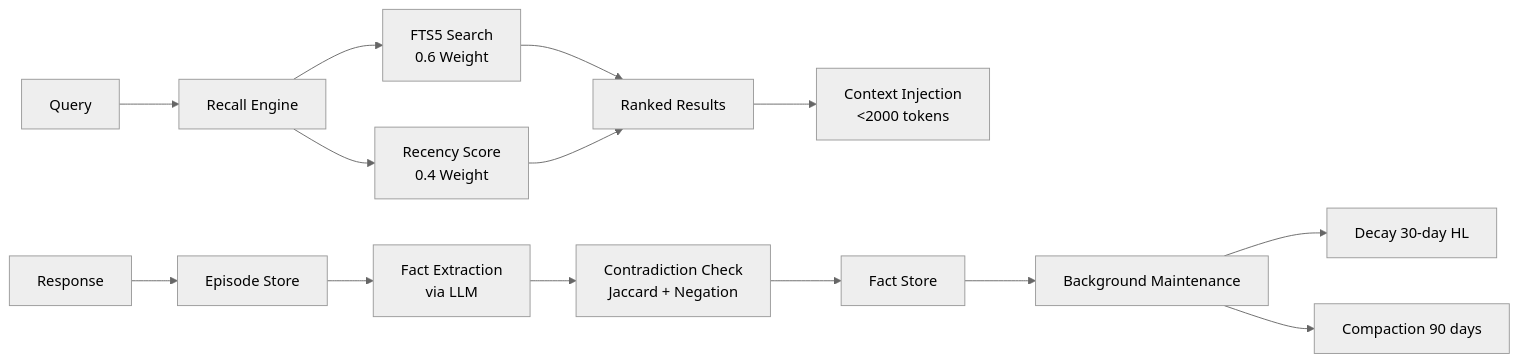
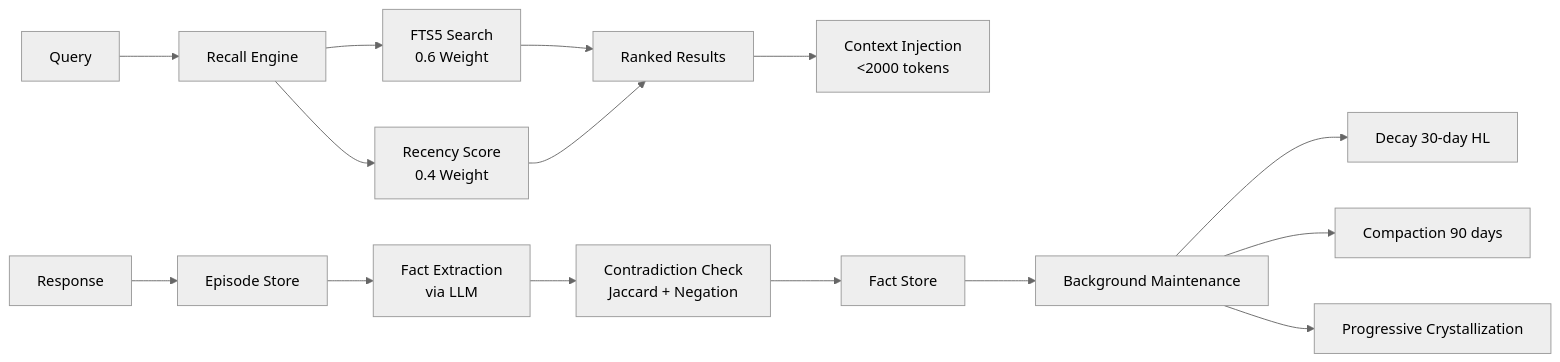
Before and after one commit to shinshekai/Deep: the fourth of 6 diagrams in README.md, drawn with Mermaid (neutral theme). The commit also changed other lines of this file and 1 other file, not shown here.

First line of the commit message:
docs: rewrite architecture documentation with accurate codebase mapping

````diff
--- a/README.md
+++ b/README.md
@@ -158,17 +176,18 @@
 ```mermaid
 graph LR
     A[Query] --> B[Recall Engine]
     B --> C[FTS5 Search<br/>0.6 Weight]
     B --> D[Recency Score<br/>0.4 Weight]
     C --> E[Ranked Results]
     D --> E
     E --> F[Context Injection<br/><2000 tokens]
 
     G[Response] --> H[Episode Store]
     H --> I[Fact Extraction<br/>via LLM]
     I --> J[Contradiction Check<br/>Jaccard + Negation]
     J --> K[Fact Store]
     K --> L[Background Maintenance]
     L --> M[Decay 30-day HL]
     L --> N[Compaction 90 days]
+    L --> O[Progressive Crystallization]
 ```
````
